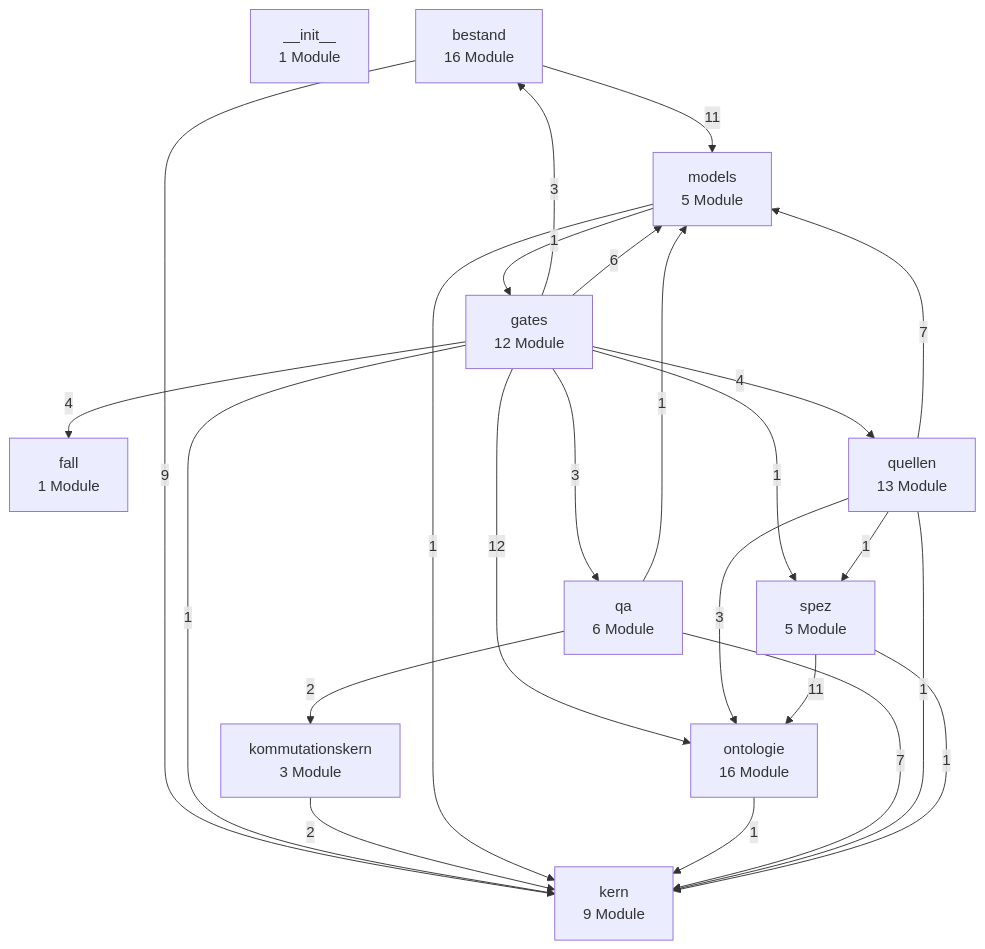
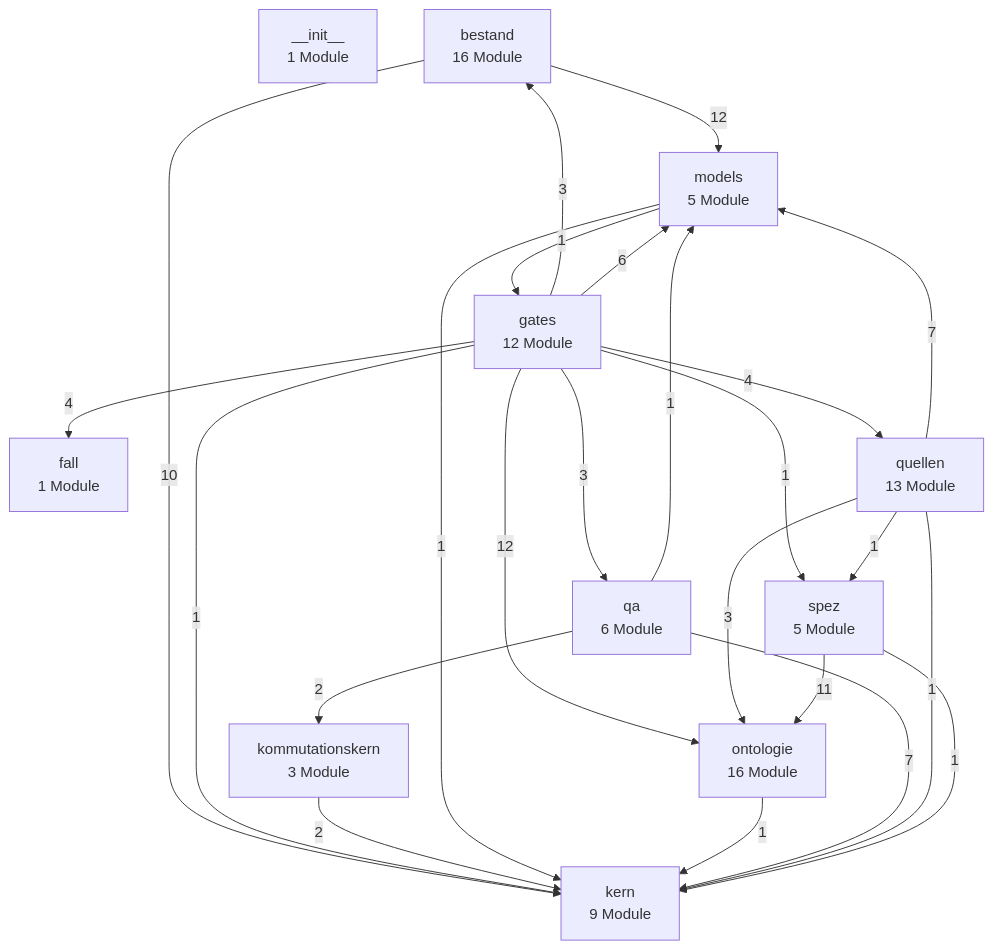
The first of 3 diagrams in docs/architektur/landkarte.md (bartlmac/rechner-pipeline), drawn with Mermaid before and after one commit. The commit also changed 9 other files, not shown here.

````diff
--- a/docs/architektur/landkarte.md
+++ b/docs/architektur/landkarte.md
@@ -27,38 +27,38 @@
 ```mermaid
 %% Schichten — erzeugt von ontologie.landkarte
 flowchart TD
     n__init__["__init__<br/>1 Module"]
     bestand["bestand<br/>16 Module"]
     fall["fall<br/>1 Module"]
     gates["gates<br/>12 Module"]
     kern["kern<br/>9 Module"]
     kommutationskern["kommutationskern<br/>3 Module"]
     models["models<br/>5 Module"]
     ontologie["ontologie<br/>16 Module"]
     qa["qa<br/>6 Module"]
     quellen["quellen<br/>13 Module"]
     spez["spez<br/>5 Module"]
-    bestand -- 9 --> kern
-    bestand -- 11 --> models
+    bestand -- 10 --> kern
+    bestand -- 12 --> models
     gates -- 3 --> bestand
     gates -- 4 --> fall
     gates -- 1 --> kern
     gates -- 6 --> models
     gates -- 12 --> ontologie
     gates -- 3 --> qa
     gates -- 4 --> quellen
     gates -- 1 --> spez
     kommutationskern -- 2 --> kern
     models -- 1 --> gates
     models -- 1 --> kern
     ontologie -- 1 --> kern
     qa -- 7 --> kern
     qa -- 2 --> kommutationskern
     qa -- 1 --> models
     quellen -- 1 --> kern
     quellen -- 7 --> models
     quellen -- 3 --> ontologie
     quellen -- 1 --> spez
     spez -- 1 --> kern
     spez -- 11 --> ontologie
 ```
````
